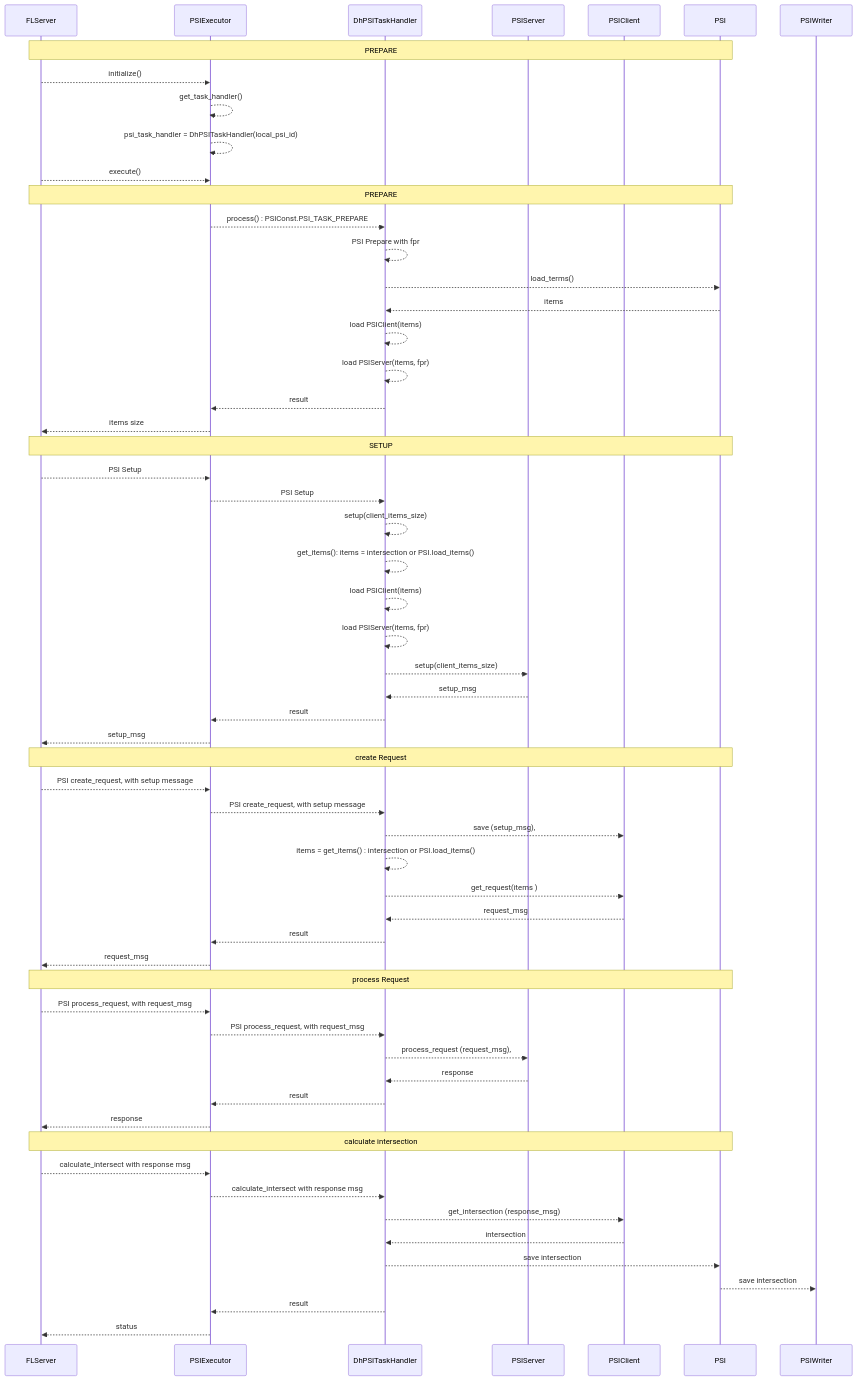
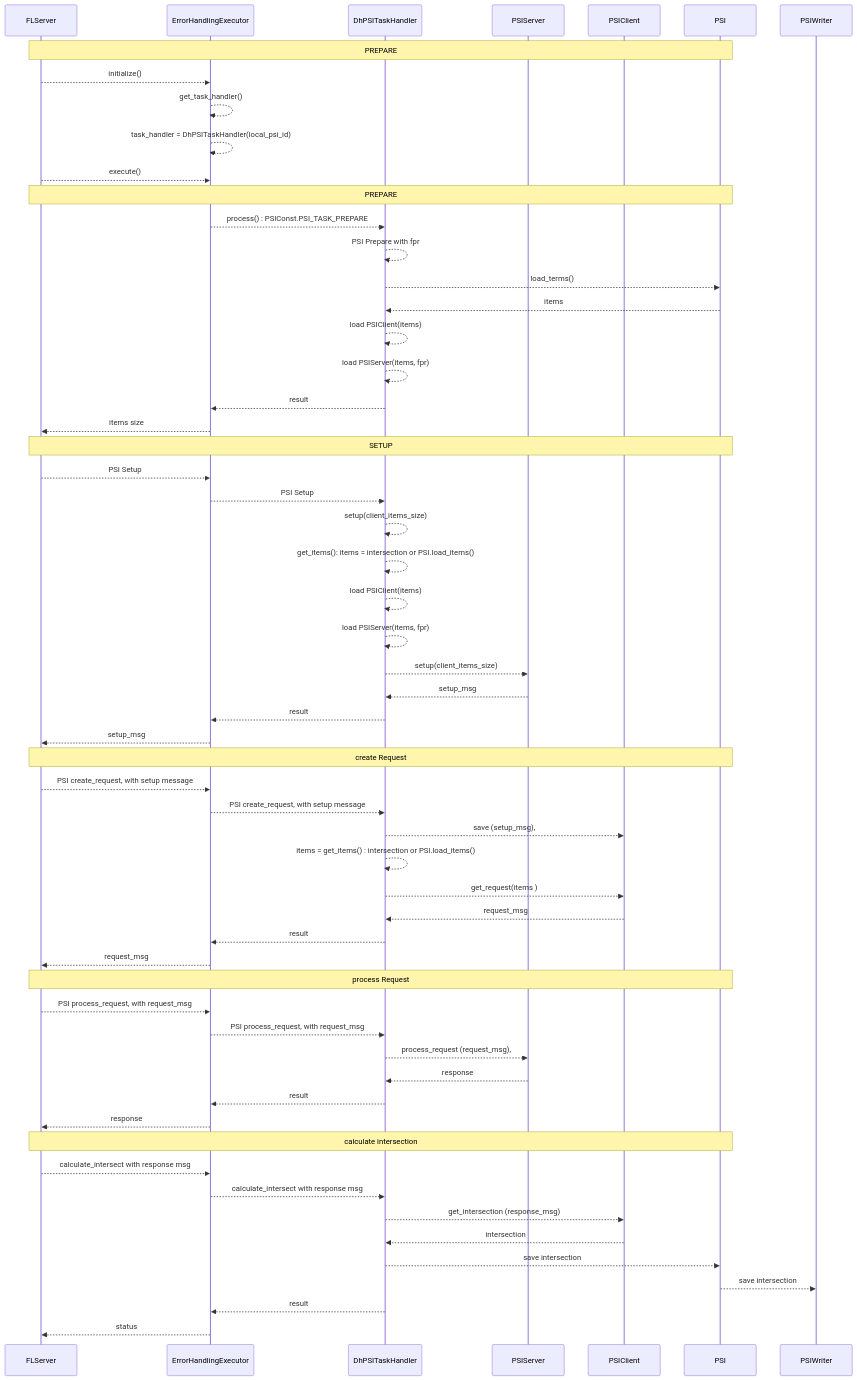
Before and after one commit to NVIDIA/NVFlare: the second of 2 diagrams in nvflare/app_common/psi/README.md, drawn with Mermaid. The commit also changed 18 other files, not shown here.

Commit message:
Re-factor error handling executor and task handler logic

````diff
--- a/nvflare/app_common/psi/README.md
+++ b/nvflare/app_common/psi/README.md
@@ -77,69 +77,69 @@
 ```mermaid
  
 sequenceDiagram
 
     participant FLServer
-    participant PSIExecutor
+    participant ErrorHandlingExecutor
     participant DhPSITaskHandler
     participant PSIServer
     participant PSIClient
     participant PSI
     participant PSIWriter
     
     Note over FLServer, PSI : PREPARE 
-    FLServer -->> PSIExecutor: initialize()
-    PSIExecutor -->> PSIExecutor: get_task_handler()
-    PSIExecutor -->> PSIExecutor: psi_task_handler = DhPSITaskHandler(local_psi_id)
-    FLServer -->> PSIExecutor: execute()
+    FLServer -->> ErrorHandlingExecutor: initialize()
+    ErrorHandlingExecutor -->> ErrorHandlingExecutor: get_task_handler()
+    ErrorHandlingExecutor -->> ErrorHandlingExecutor: task_handler = DhPSITaskHandler(local_psi_id)
+    FLServer -->> ErrorHandlingExecutor: execute()
         
     Note over FLServer, PSI : PREPARE
-    PSIExecutor -->> DhPSITaskHandler: process() : PSIConst.PSI_TASK_PREPARE
+    ErrorHandlingExecutor -->> DhPSITaskHandler: process() : PSIConst.PSI_TASK_PREPARE
     DhPSITaskHandler -->> DhPSITaskHandler : PSI Prepare with fpr
     DhPSITaskHandler -->> PSI : load_terms()
     PSI -->> DhPSITaskHandler: items
     DhPSITaskHandler -->> DhPSITaskHandler: load PSIClient(items)
     DhPSITaskHandler -->> DhPSITaskHandler: load PSIServer(items, fpr)
-    DhPSITaskHandler -->> PSIExecutor: result
-    PSIExecutor -->> FLServer : items size
+    DhPSITaskHandler -->> ErrorHandlingExecutor: result
+    ErrorHandlingExecutor -->> FLServer : items size
     
     Note over FLServer, PSI : SETUP
-    FLServer -->> PSIExecutor : PSI Setup
-    PSIExecutor -->> DhPSITaskHandler:   PSI Setup
+    FLServer -->> ErrorHandlingExecutor : PSI Setup
+    ErrorHandlingExecutor -->> DhPSITaskHandler:   PSI Setup
     DhPSITaskHandler -->> DhPSITaskHandler: setup(client_items_size)
     DhPSITaskHandler -->> DhPSITaskHandler : get_items(): items = intersection or PSI.load_items() 
     DhPSITaskHandler -->> DhPSITaskHandler: load PSIClient(items)
     DhPSITaskHandler -->> DhPSITaskHandler: load PSIServer(items, fpr)
     DhPSITaskHandler -->> PSIServer: setup(client_items_size)
     PSIServer -->> DhPSITaskHandler: setup_msg
-    DhPSITaskHandler -->> PSIExecutor: result
-    PSIExecutor -->> FLServer: setup_msg
+    DhPSITaskHandler -->> ErrorHandlingExecutor: result
+    ErrorHandlingExecutor -->> FLServer: setup_msg
     
     Note over FLServer, PSI : create Request
-    FLServer -->> PSIExecutor :  PSI create_request, with setup message
-    PSIExecutor -->> DhPSITaskHandler:  PSI create_request, with setup message
+    FLServer -->> ErrorHandlingExecutor :  PSI create_request, with setup message
+    ErrorHandlingExecutor -->> DhPSITaskHandler:  PSI create_request, with setup message
     DhPSITaskHandler -->> PSIClient: save (setup_msg), 
     DhPSITaskHandler -->> DhPSITaskHandler : items = get_items() : intersection or PSI.load_items()
     DhPSITaskHandler -->> PSIClient : get_request(items )
     PSIClient -->> DhPSITaskHandler : request_msg
-    DhPSITaskHandler -->> PSIExecutor: result
-    PSIExecutor -->> FLServer:request_msg
+    DhPSITaskHandler -->> ErrorHandlingExecutor: result
+    ErrorHandlingExecutor -->> FLServer:request_msg
  
     Note over FLServer, PSI : process Request
-    FLServer -->> PSIExecutor : PSI process_request, with request_msg
-    PSIExecutor -->> DhPSITaskHandler : PSI process_request, with request_msg
+    FLServer -->> ErrorHandlingExecutor : PSI process_request, with request_msg
+    ErrorHandlingExecutor -->> DhPSITaskHandler : PSI process_request, with request_msg
     DhPSITaskHandler -->> PSIServer: process_request (request_msg), 
     PSIServer -->> DhPSITaskHandler : response
-    DhPSITaskHandler -->> PSIExecutor: result
-    PSIExecutor -->> FLServer : response
+    DhPSITaskHandler -->> ErrorHandlingExecutor: result
+    ErrorHandlingExecutor -->> FLServer : response
  
     Note over FLServer, PSI : calculate intersection
-    FLServer -->> PSIExecutor : calculate_intersect with response msg
-    PSIExecutor -->> DhPSITaskHandler : calculate_intersect with response msg
+    FLServer -->> ErrorHandlingExecutor : calculate_intersect with response msg
+    ErrorHandlingExecutor -->> DhPSITaskHandler : calculate_intersect with response msg
     DhPSITaskHandler -->> PSIClient: get_intersection (response_msg) 
     PSIClient -->> DhPSITaskHandler : intersection
     DhPSITaskHandler -->> PSI : save intersection
     PSI -->> PSIWriter : save intersection
-    DhPSITaskHandler -->> PSIExecutor: result
-    PSIExecutor -->> FLServer : status
+    DhPSITaskHandler -->> ErrorHandlingExecutor: result
+    ErrorHandlingExecutor -->> FLServer : status
     
 ```
````
